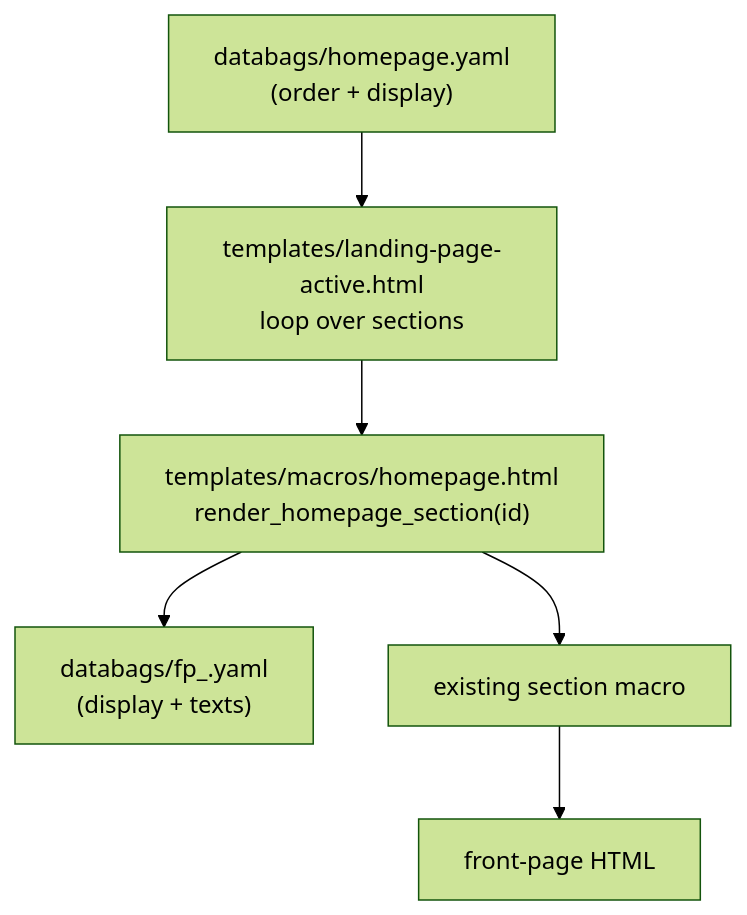
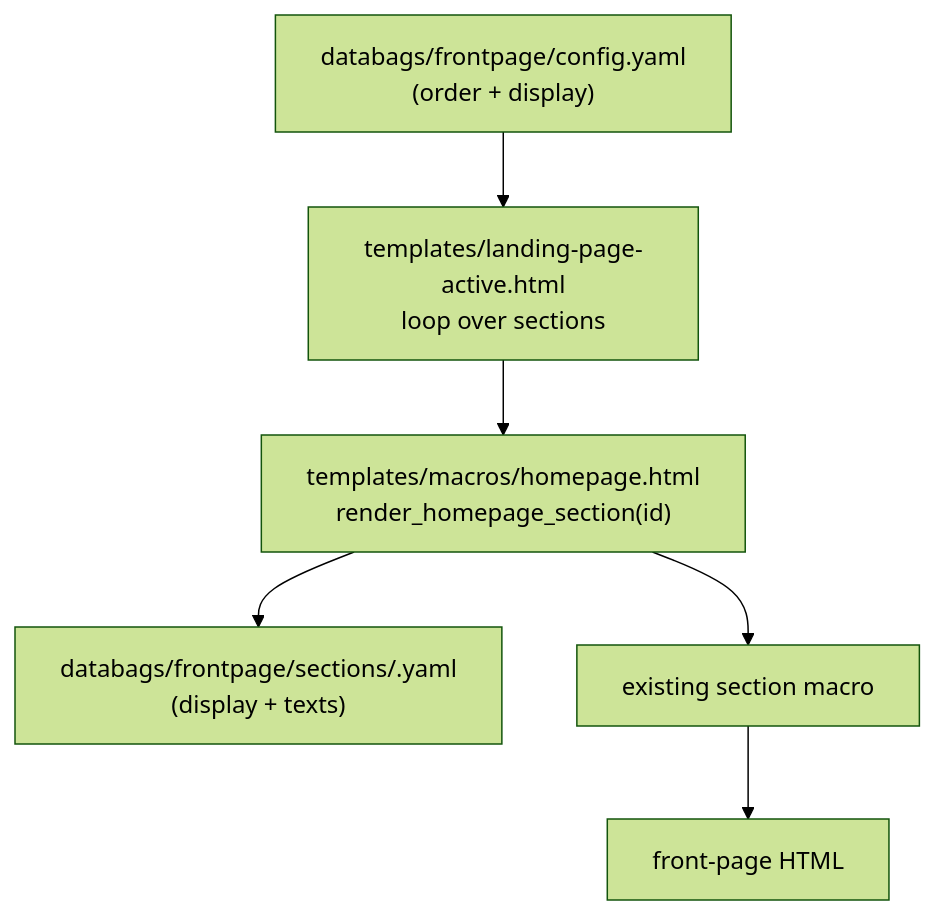
The diagram in docs/landing_pages.md (PioneersHub/pyconde-website), drawn with Mermaid (forest theme) before and after one commit. The commit also changed other lines of this file and 36 other files, not shown here.

Commit message:
restructure front-page databags into frontpage/config + frontpage/sections/

````diff
--- a/docs/landing_pages.md
+++ b/docs/landing_pages.md
@@ -26,8 +26,8 @@
 ```mermaid
 flowchart TD
-    Master["databags/homepage.yaml\n(order + display)"] --> Loop["templates/landing-page-active.html\nloop over sections"]
+    Master["databags/frontpage/config.yaml\n(order + display)"] --> Loop["templates/landing-page-active.html\nloop over sections"]
     Loop --> Disp["templates/macros/homepage.html\nrender_homepage_section(id)"]
-    Disp --> FP["databags/fp_<id>.yaml\n(display + texts)"]
+    Disp --> FP["databags/frontpage/sections/<id>.yaml\n(display + texts)"]
     Disp --> Macro["existing section macro"]
     Macro --> HTML["front-page HTML"]
 ```
````
